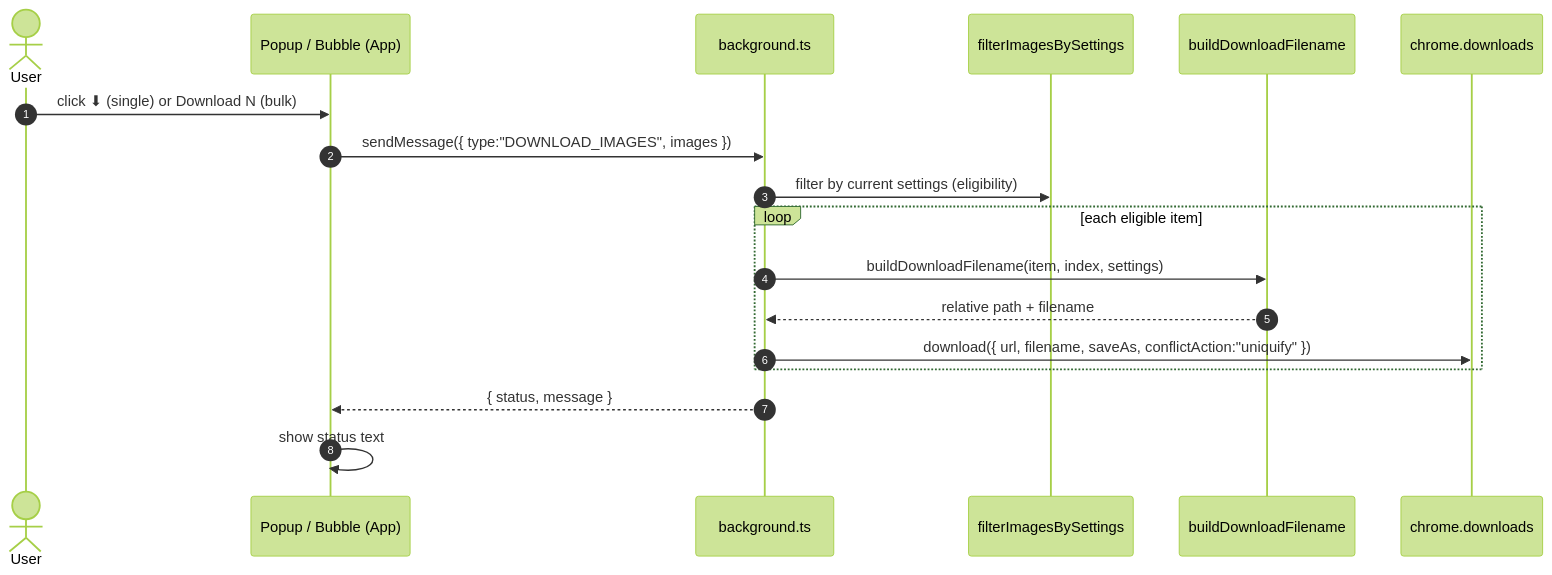
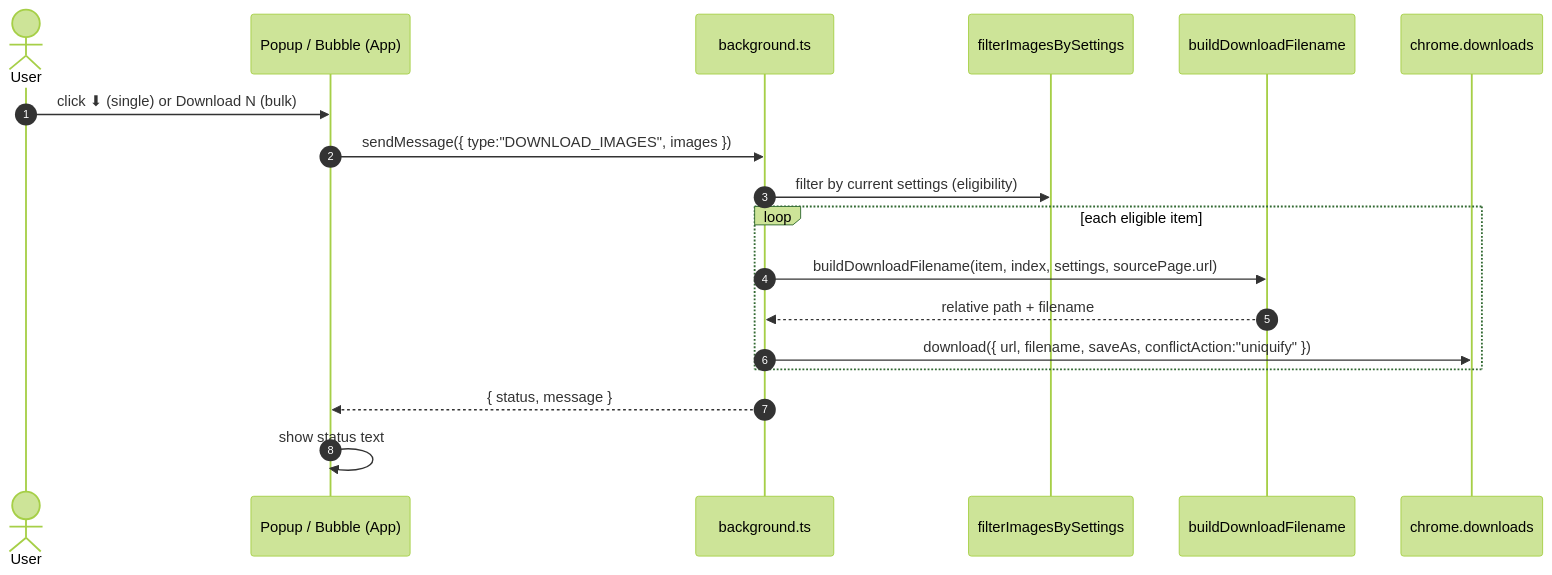
Before and after one commit to mralaminahamed/media-bulk-downloads: the first of 2 diagrams in docs/guides/download.md, drawn with Mermaid (forest theme). The commit also changed other lines of this file and 13 other files, not shown here.

````diff
--- a/docs/guides/download.md
+++ b/docs/guides/download.md
@@ -7,21 +7,21 @@
 ```mermaid
 sequenceDiagram
   autonumber
   actor U as User
   participant P as Popup / Bubble (App)
   participant SW as background.ts
   participant F as filterImagesBySettings
   participant BN as buildDownloadFilename
   participant D as chrome.downloads
 
   U->>P: click ⬇ (single) or Download N (bulk)
   P->>SW: sendMessage({ type:"DOWNLOAD_IMAGES", images })
   SW->>F: filter by current settings (eligibility)
   loop each eligible item
-    SW->>BN: buildDownloadFilename(item, index, settings)
+    SW->>BN: buildDownloadFilename(item, index, settings, sourcePage.url)
     BN-->>SW: relative path + filename
     SW->>D: download({ url, filename, saveAs, conflictAction:"uniquify" })
   end
   SW-->>P: { status, message }
   P->>P: show status text
 ```
````
